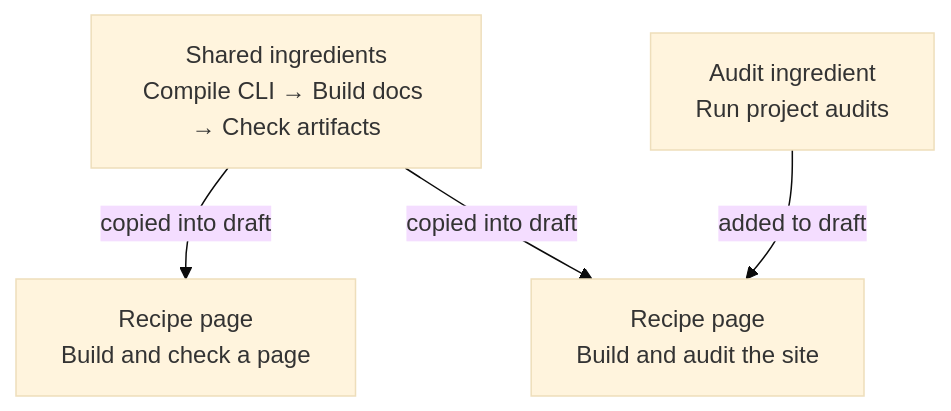
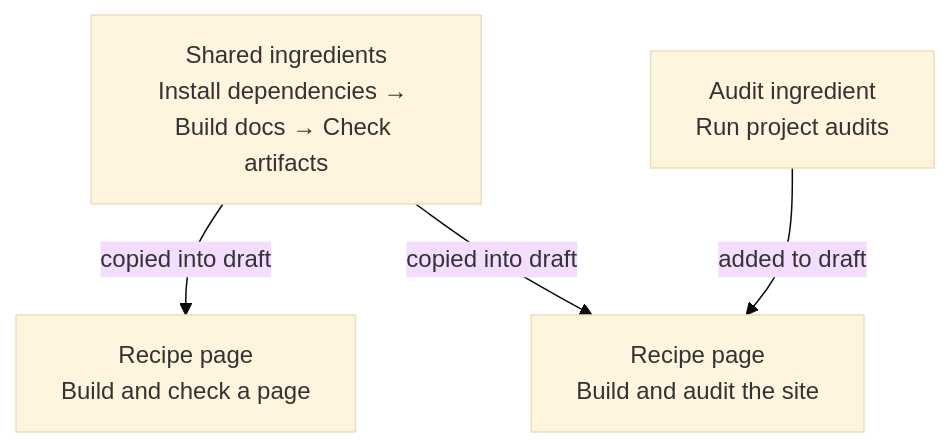
The diagram in framework/agent-docs/author/recipes.md (shoalrun/shoalrun), drawn with Mermaid (base theme) before and after one commit. The commit also changed other lines of this file and 513 other files, not shown here.

````diff
--- a/framework/agent-docs/author/recipes.md
+++ b/framework/agent-docs/author/recipes.md
@@ -57,10 +57,10 @@
 ```mermaid
 flowchart TD
- shared["Shared ingredients<br/>Compile CLI → Build docs → Check artifacts"]
+ shared["Shared ingredients<br/>Install dependencies → Build docs → Check artifacts"]
  audit["Audit ingredient<br/>Run project audits"]
  build_recipe["Recipe page<br/>Build and check a page"]
  audit_recipe["Recipe page<br/>Build and audit the site"]
  shared -->|"copied into draft"| build_recipe
  shared -->|"copied into draft"| audit_recipe
  audit -->|"added to draft"| audit_recipe
 ```
````
